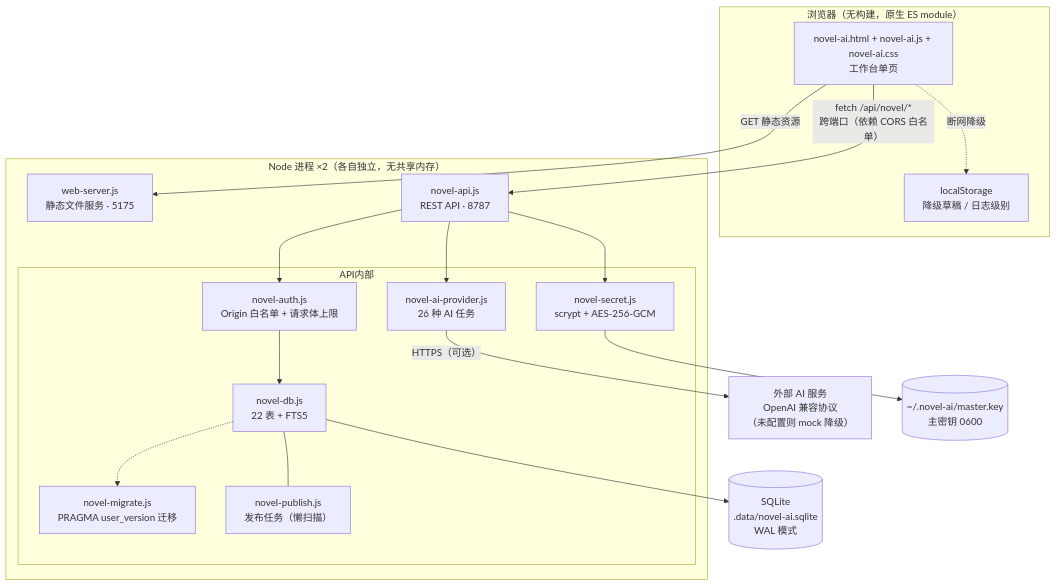
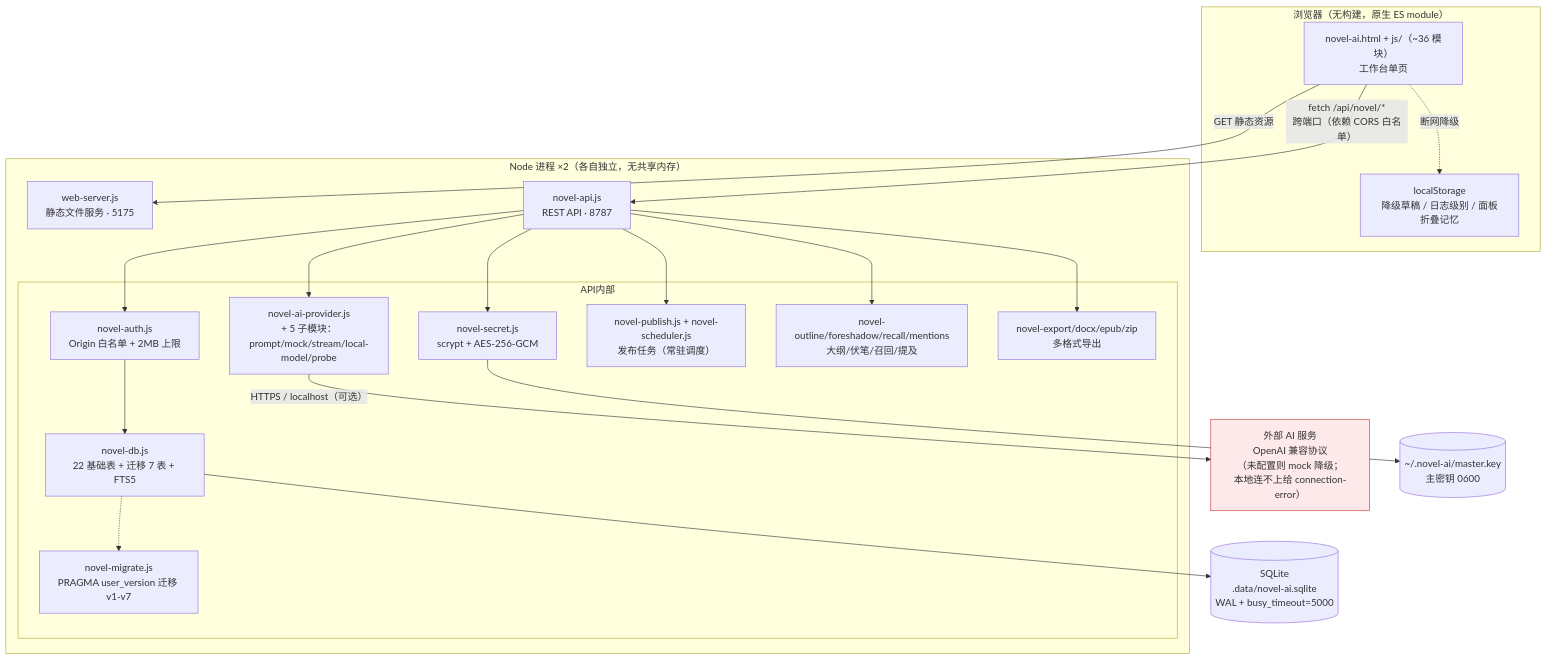
Before and after one commit to sml-toast/novel-ai-helper: the first of 5 diagrams in doc/architecture/architecture.md, drawn with Mermaid. The commit also changed other lines of this file and 19 other files, not shown here.

First line of the commit message:
docs: 全套项目文档重写（对齐 M6 / schema v7）

````diff
--- a/doc/architecture/architecture.md
+++ b/doc/architecture/architecture.md
@@ -20,35 +17,42 @@
 ```mermaid
 graph TB
     subgraph Browser["浏览器（无构建，原生 ES module）"]
-        UI["novel-ai.html + novel-ai.js + novel-ai.css<br/>工作台单页"]
-        LS["localStorage<br/>降级草稿 / 日志级别"]
+        UI["novel-ai.html + js/（~36 模块）<br/>工作台单页"]
+        LS["localStorage<br/>降级草稿 / 日志级别 / 面板折叠记忆"]
     end
 
     subgraph Node["Node 进程 ×2（各自独立，无共享内存）"]
         WEB["web-server.js<br/>静态文件服务 · 5175"]
         API["novel-api.js<br/>REST API · 8787"]
         subgraph API内部
-            AUTH["novel-auth.js<br/>Origin 白名单 + 请求体上限"]
-            DB["novel-db.js<br/>22 表 + FTS5"]
-            MIG["novel-migrate.js<br/>PRAGMA user_version 迁移"]
+            AUTH["novel-auth.js<br/>Origin 白名单 + 2MB 上限"]
+            DB["novel-db.js<br/>22 基础表 + 迁移 7 表 + FTS5"]
+            MIG["novel-migrate.js<br/>PRAGMA user_version 迁移 v1-v7"]
             SEC["novel-secret.js<br/>scrypt + AES-256-GCM"]
-            PROV["novel-ai-provider.js<br/>26 种 AI 任务"]
-            PUB["novel-publish.js<br/>发布任务（懒扫描）"]
+            PROV["novel-ai-provider.js<br/>+ 5 子模块：prompt/mock/stream/local-model/probe"]
+            PUB["novel-publish.js + novel-scheduler.js<br/>发布任务（常驻调度）"]
+            OUT["novel-outline/foreshadow/recall/mentions<br/>大纲/伏笔/召回/提及"]
+            EXP["novel-export/docx/epub/zip<br/>多格式导出"]
         end
     end
 
-    EXT["外部 AI 服务<br/>OpenAI 兼容协议<br/>（未配置则 mock 降级）"]
-    DISK[("SQLite<br/>.data/novel-ai.sqlite<br/>WAL 模式")]
+    EXT["外部 AI 服务<br/>OpenAI 兼容协议<br/>（未配置则 mock 降级；<br/>本地连不上给 connection-error）"]
+    DISK[("SQLite<br/>.data/novel-ai.sqlite<br/>WAL + busy_timeout=5000")]
     KEY[("~/.novel-ai/master.key<br/>主密钥 0600")]
 
     UI -->|"GET 静态资源"| WEB
     UI -->|"fetch /api/novel/*<br/>跨端口（依赖 CORS 白名单）"| API
     API --> AUTH
     AUTH --> DB --> DISK
     DB -.-> MIG
     API --> SEC --> KEY
     API --> PROV
-    PROV -->|"HTTPS（可选）"| EXT
-    DB --- PUB
+    API --> OUT
+    API --> PUB
+    API --> EXP
+    PROV -->|"HTTPS / localhost（可选）"| EXT
     UI -.->|"断网降级"| LS
+
+    classDef ext fill:#fde9e9,stroke:#c0392b;
+    class EXT ext;
 ```
````
